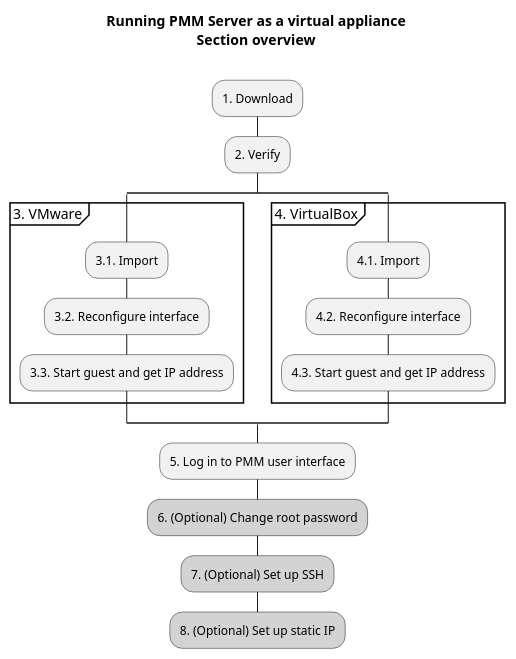
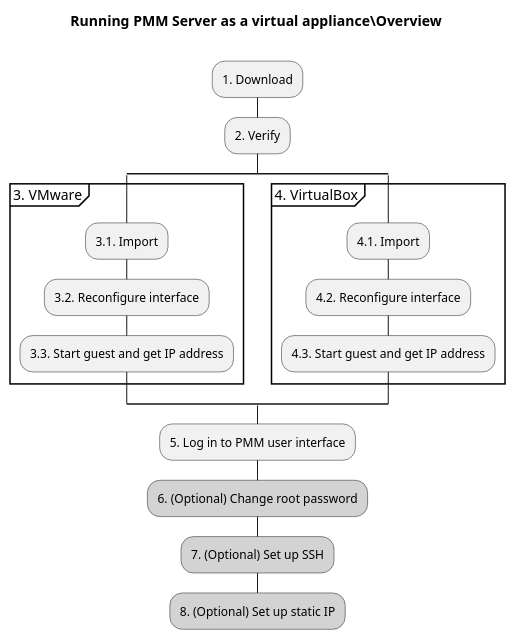
Before and after one commit to percona/pmm: the diagram in _resources/diagrams/Setting-Up_Server_Virtual-Appliance.puml, drawn with PlantUML.

Commit message:
Title change

```diff
--- a/_resources/diagrams/Setting-Up_Server_Virtual-Appliance.puml
+++ b/_resources/diagrams/Setting-Up_Server_Virtual-Appliance.puml
@@ -6,23 +6,23 @@
 @startuml "setting-up_server_virtual-appliance"
 skinparam ArrowHeadColor none
-title Running PMM Server as a virtual appliance\nSection overview\n
+title Running PMM Server as a virtual appliance\Overview\n
 :1. Download;
 :2. Verify;
 split
 partition "3. VMware" {
 	:3.1. Import;
 	:3.2. Reconfigure interface;
 	:3.3. Start guest and get IP address;
 }
 split again
 partition "4. VirtualBox" {
 	:4.1. Import;
 	:4.2. Reconfigure interface;
 	:4.3. Start guest and get IP address;
 }
 end split
 :5. Log in to PMM user interface;
 #lightgrey:6. (Optional) Change root password;
 #lightgrey:7. (Optional) Set up SSH;
 #lightgrey:8. (Optional) Set up static IP;
 @enduml
```
